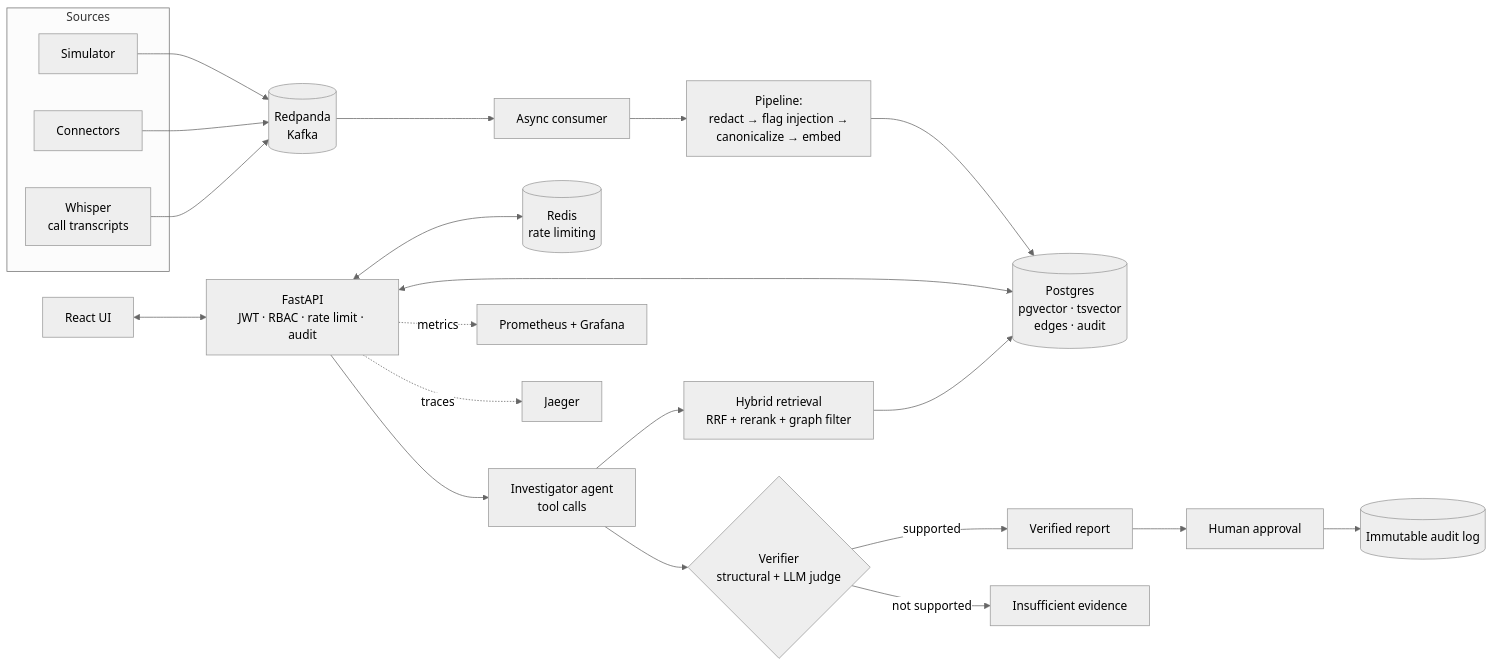
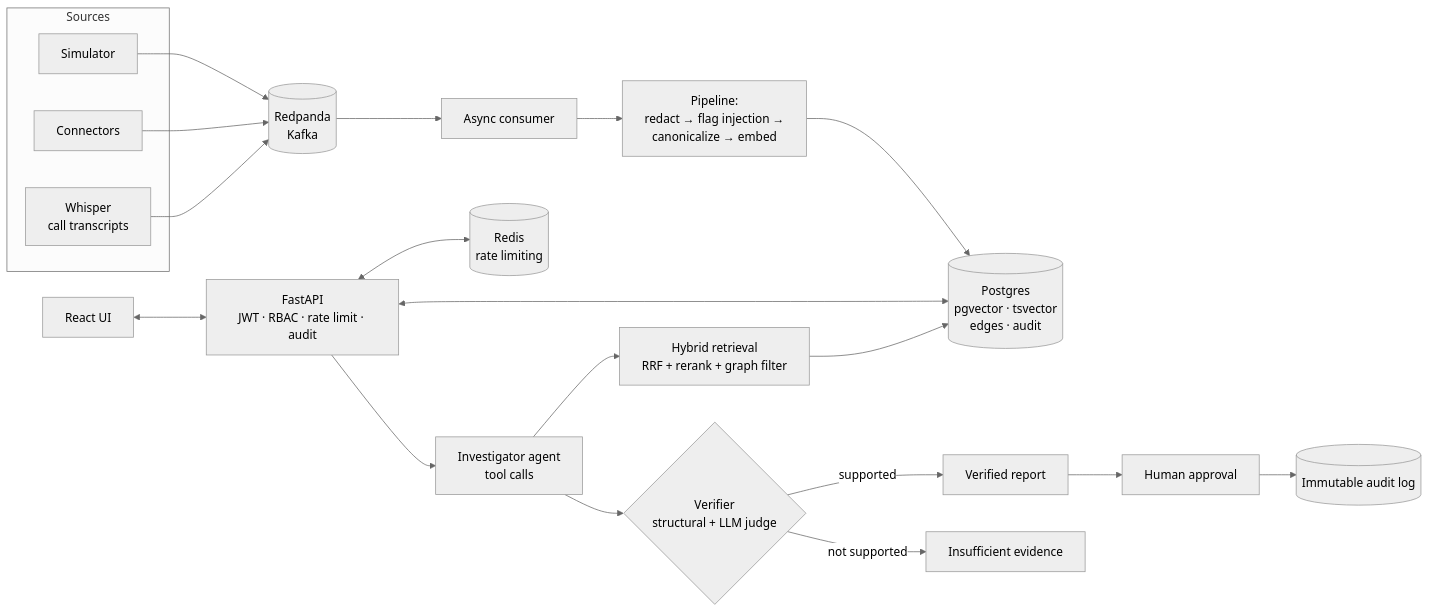
Before and after one commit to Anubhav852/Opsmind-RAG: the first of 2 diagrams in README.md, drawn with Mermaid (neutral theme).

````diff
--- a/README.md
+++ b/README.md
@@ -58,28 +58,26 @@
 ```mermaid
 flowchart LR
     subgraph Sources
         SIM[Simulator]
         CON[Connectors]
         WHI[Whisper<br/>call transcripts]
     end
 
     SIM & CON & WHI --> K[(Redpanda<br/>Kafka)]
     K --> C[Async consumer]
     C --> P["Pipeline:<br/>redact → flag injection →<br/>canonicalize → embed"]
     P --> PG[("Postgres<br/>pgvector · tsvector<br/>edges · audit")]
 
     UI[React UI] <--> API["FastAPI<br/>JWT · RBAC · rate limit · audit"]
     API <--> PG
     API <--> R[(Redis<br/>rate limiting)]
     API --> AG[Investigator agent<br/>tool calls]
     AG --> RET["Hybrid retrieval<br/>RRF + rerank + graph filter"]
     RET --> PG
     AG --> V{"Verifier<br/>structural + LLM judge"}
     V -->|supported| REP[Verified report]
     V -->|not supported| INS["Insufficient evidence"]
     REP --> H[Human approval]
     H --> AUD[(Immutable audit log)]
-
-    API -.metrics.-> PRO[Prometheus + Grafana]
-    API -.traces.-> JAE[Jaeger]
+    
 ```
````
